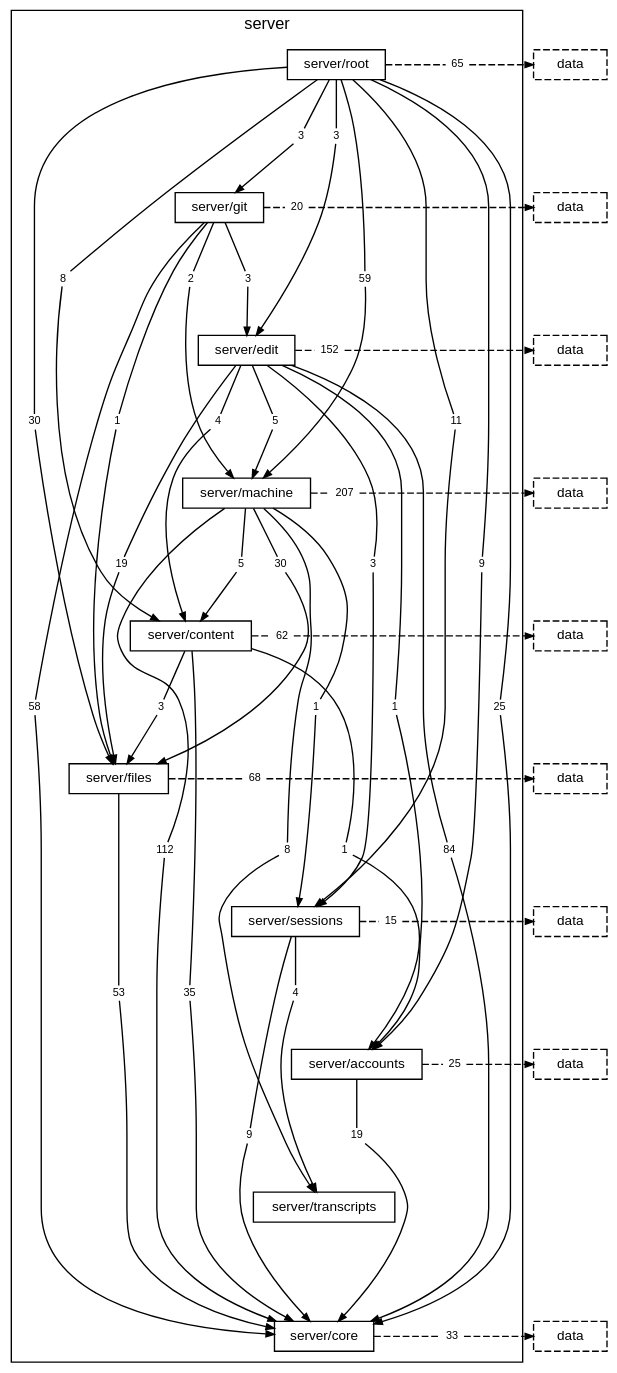
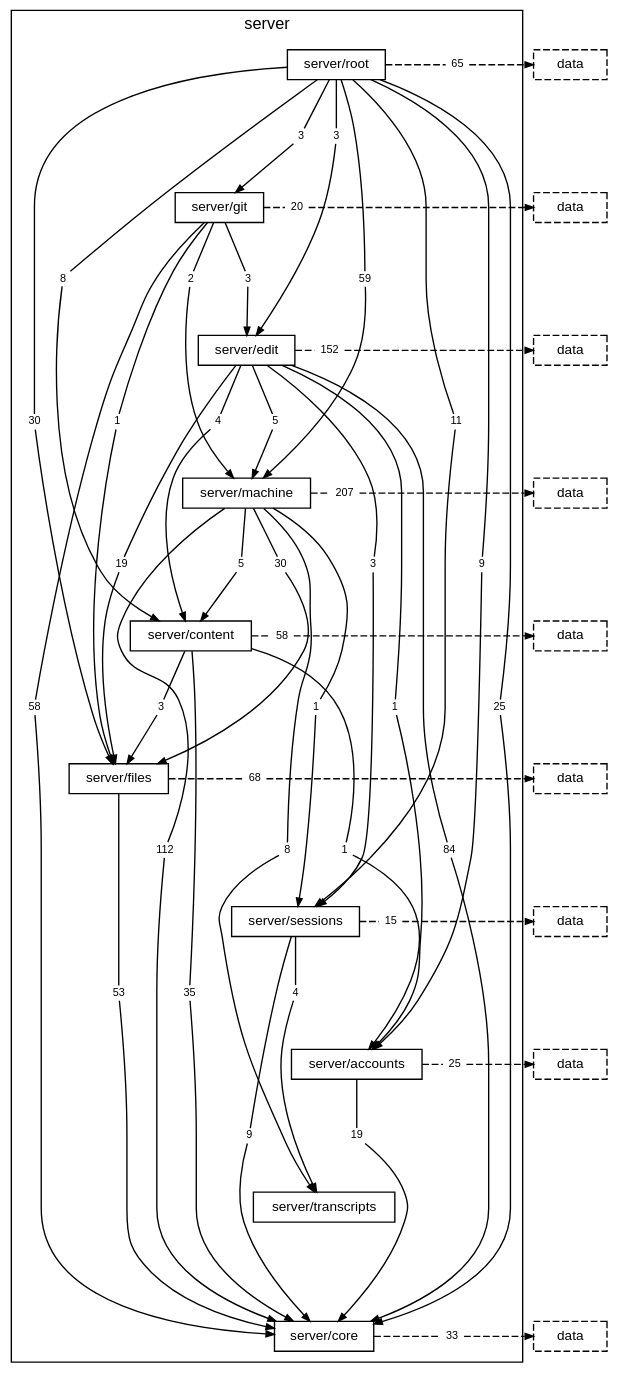
One commit to TheAxeC/oculus changed the diagram in docs/diagrams/layer-server.dot. Above: the diagram before and after it, drawn with Graphviz. The commit also changed 35 other files, not shown here.

```diff
--- a/docs/diagrams/layer-server.dot
+++ b/docs/diagrams/layer-server.dot
@@ -44,7 +44,7 @@
         "folder server/content to folder server/accounts" [label="1", shape=box, color="transparent", fontsize=8, width=0, height=0, margin="0.04,0.02"];
         "folder server/content to folder server/core" [label="35", shape=box, color="transparent", fontsize=8, width=0, height=0, margin="0.04,0.02"];
         "folder server/content to folder server/files" [label="3", shape=box, color="transparent", fontsize=8, width=0, height=0, margin="0.04,0.02"];
-        "folder server/content to layer data" [label="62", shape=box, color="transparent", fontsize=8, width=0, height=0, margin="0.04,0.02"];
+        "folder server/content to layer data" [label="58", shape=box, color="transparent", fontsize=8, width=0, height=0, margin="0.04,0.02"];
         "folder server/files to folder server/core" [label="53", shape=box, color="transparent", fontsize=8, width=0, height=0, margin="0.04,0.02"];
         "folder server/files to layer data" [label="68", shape=box, color="transparent", fontsize=8, width=0, height=0, margin="0.04,0.02"];
         "folder server/sessions to folder server/core" [label="9", shape=box, color="transparent", fontsize=8, width=0, height=0, margin="0.04,0.02"];
```
